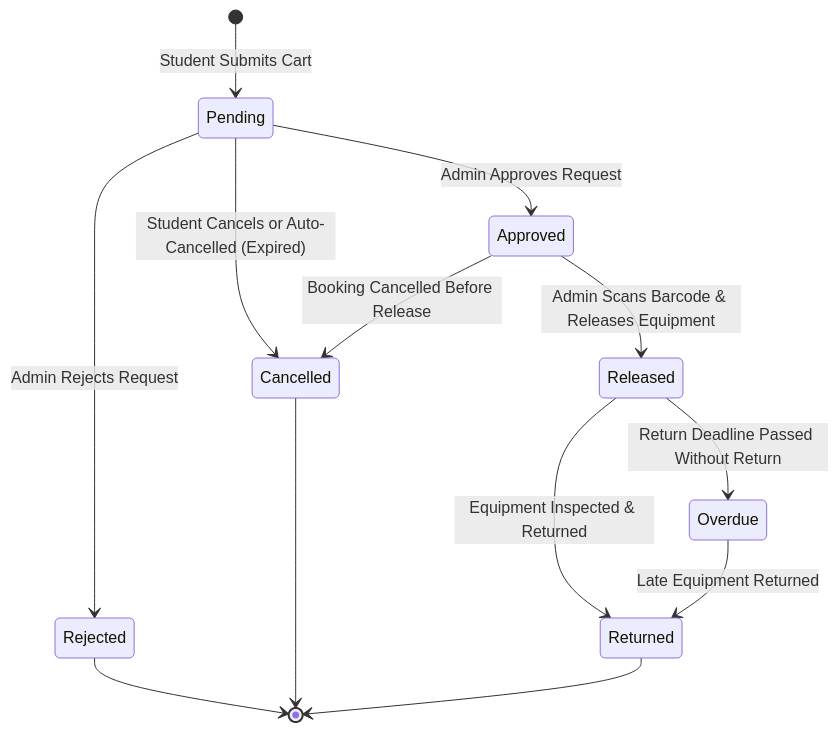
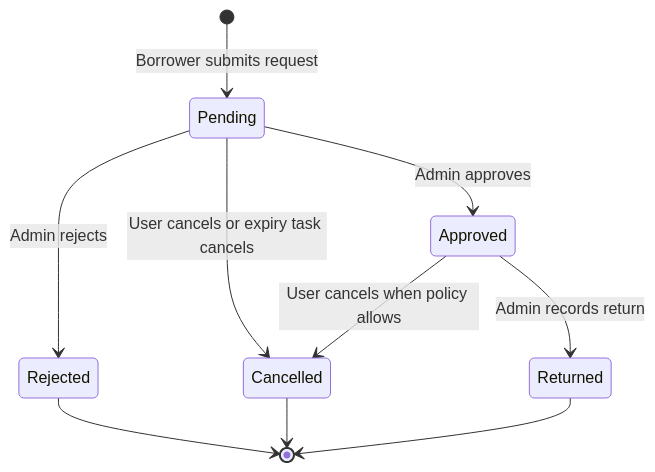
Before and after one commit to zamuwelle/broadtrack: the diagram in docs/workflows/borrowing-lifecycle.md, drawn with Mermaid. The commit also changed other lines of this file and 7 other files, not shown here.

````diff
--- a/docs/workflows/borrowing-lifecycle.md
+++ b/docs/workflows/borrowing-lifecycle.md
@@ -9,20 +7,12 @@
 ```mermaid
 stateDiagram-v2
-    [*] --> Pending: Student Submits Cart
-
-    Pending --> Approved: Admin Approves Request
-    Pending --> Rejected: Admin Rejects Request
-    Pending --> Cancelled: Student Cancels or Auto-Cancelled (Expired)
-
-    Approved --> Released: Admin Scans Barcode & Releases Equipment
-    Approved --> Cancelled: Booking Cancelled Before Release
-
-    Released --> Returned: Equipment Inspected & Returned
-    Released --> Overdue: Return Deadline Passed Without Return
-
-    Overdue --> Returned: Late Equipment Returned
-
+    [*] --> Pending: Borrower submits request
+    Pending --> Approved: Admin approves
+    Pending --> Rejected: Admin rejects
+    Pending --> Cancelled: User cancels or expiry task cancels
+    Approved --> Returned: Admin records return
+    Approved --> Cancelled: User cancels when policy allows
     Rejected --> [*]
     Cancelled --> [*]
     Returned --> [*]
 ```
````
